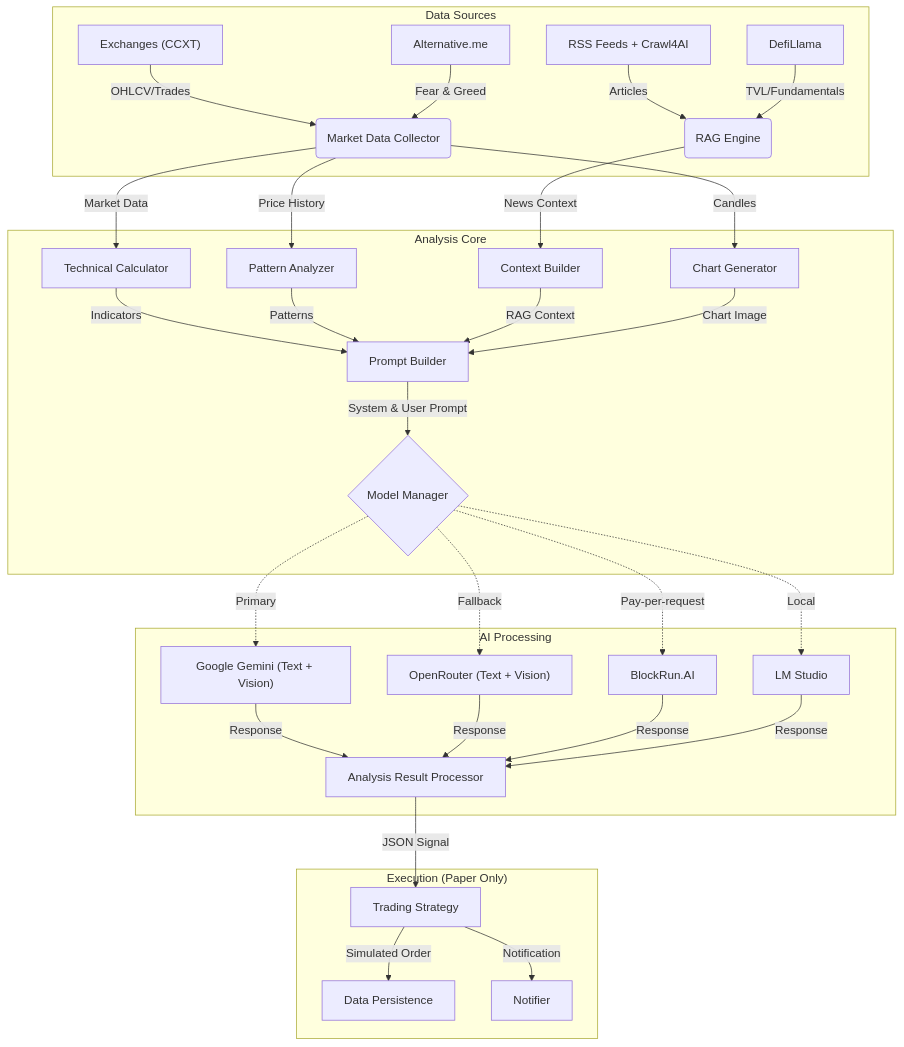
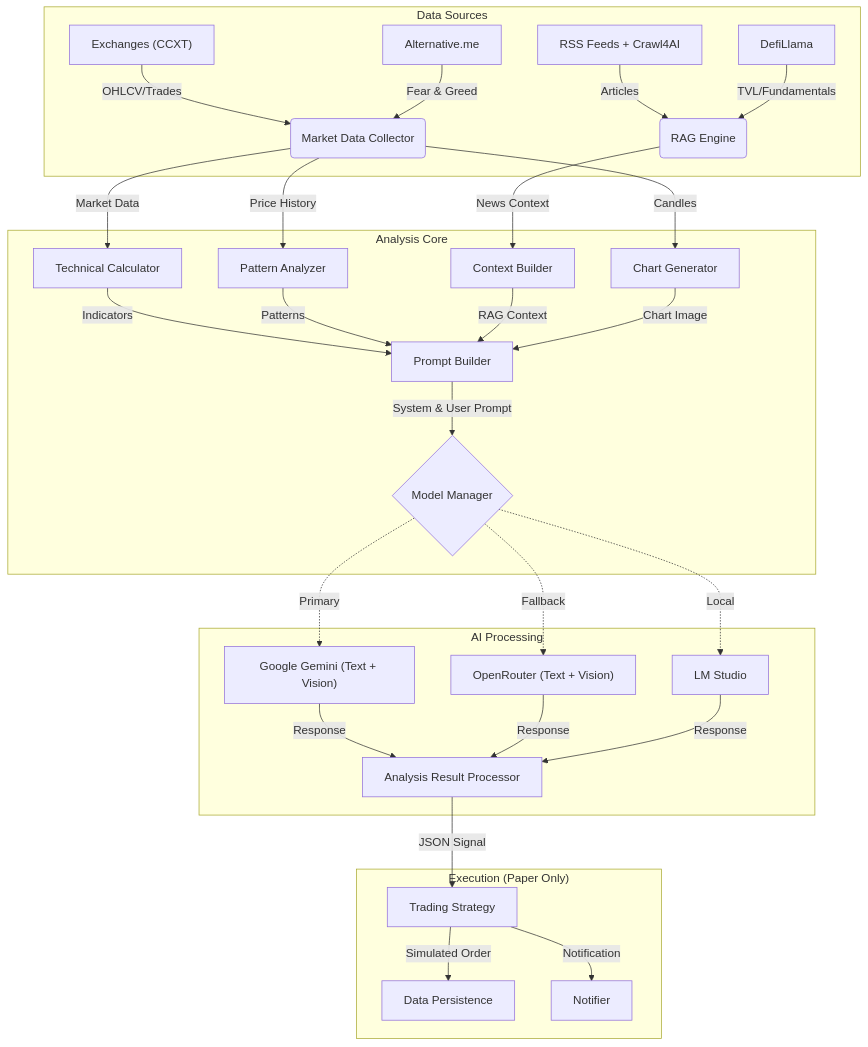
The diagram in README.md (qrak/LLM_trader), drawn with Mermaid before and after one commit. The commit also changed other lines of this file and 35 other files, not shown here.

````diff
--- a/README.md
+++ b/README.md
@@ -229,44 +223,42 @@
 ```mermaid
 graph TD
     subgraph Data Sources
         Ex["Exchanges (CCXT)"] --> |OHLCV/Trades| DC(Market Data Collector)
         News[RSS Feeds + Crawl4AI] --> |Articles| RAG(RAG Engine)
         Sent[Alternative.me] --> |Fear & Greed| DC
         DeFi[DefiLlama] --> |TVL/Fundamentals| RAG
     end
 
     subgraph Analysis Core
         DC --> |Market Data| TC[Technical Calculator]
         DC --> |Price History| PA[Pattern Analyzer]
         DC --> |Candles| CG[Chart Generator]
         
         RAG --> |News Context| CB[Context Builder]
         
         %% Orchestration / Assembly
         TC --> |Indicators| PB[Prompt Builder]
         PA --> |Patterns| PB
         CB --> |RAG Context| PB
         CG --> |Chart Image| PB
         
         PB --> |System & User Prompt| MM{Model Manager}
     end
 
     subgraph AI Processing
         %% Provider Selection Logic (Sequential / Fallback)
         MM -.-> |Primary| Google["Google Gemini (Text + Vision)"]
         MM -.-> |Fallback| OR["OpenRouter (Text + Vision)"]
-        MM -.-> |Pay-per-request| BR["BlockRun.AI"]
         MM -.-> |Local| Local["LM Studio"]
         
         Google --> |Response| ARP[Analysis Result Processor]
         OR --> |Response| ARP
-        BR --> |Response| ARP
         Local --> |Response| ARP
     end
 
     subgraph Execution ["Execution (Paper Only)"]
         ARP --> |JSON Signal| TS[Trading Strategy]
         TS --> |Simulated Order| DP[Data Persistence]
         TS --> |Notification| DN["Notifier"]
     end
 ```
````
